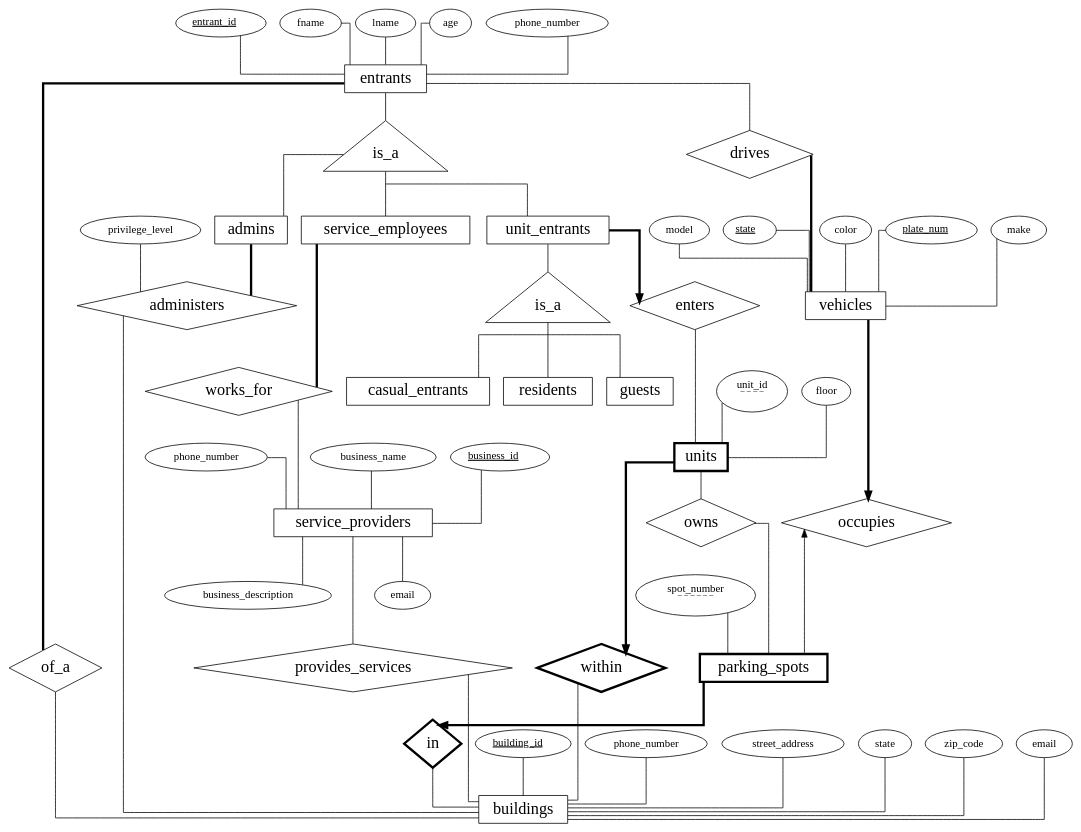
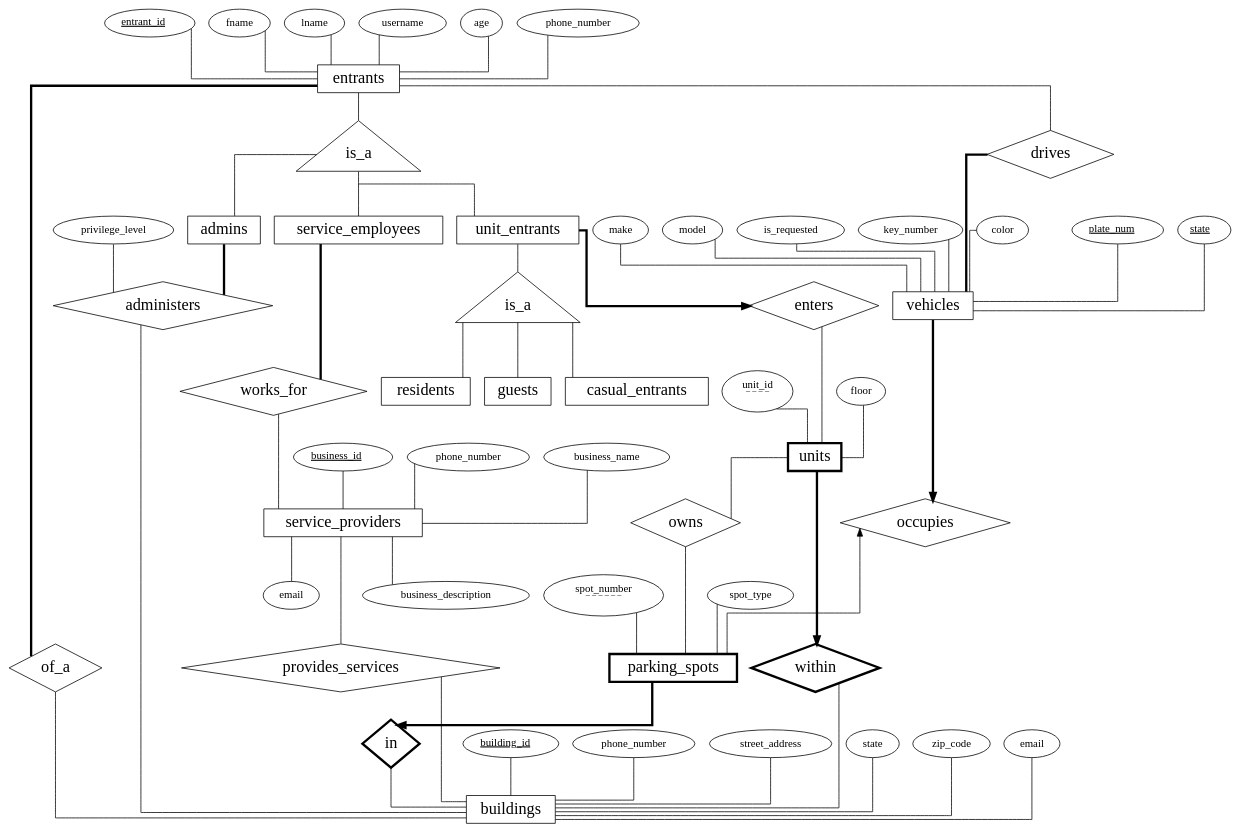
Before and after one commit to mgouzenko/-bms: the diagram in er_diagram/er.dot, drawn with Graphviz. The commit also changed 2 other files, not shown here.

```diff
--- a/er_diagram/er.dot
+++ b/er_diagram/er.dot
@@ -1,117 +1,121 @@
 digraph ERDiagram{
 	splines=ortho
 	{
 		node[fontsize=21]
 		{
 			node[shape=diamond]
 			owns
 			works_for
 			drives
 			occupies
 			of_a
 			enters
 			{
 				node[penwidth=3]
 				within
 				in
 			}
 			administers
 			provides_services
 		}
 
 		{
 			node[shape=rectangle]
 			{
 				node[penwidth=3]
 				units
 				parking_spots
 			}
 			unit_entrants
 			buildings
 			admins
 			entrants
 			vehicles
 			service_providers
 			service_employees
 			guests
 			casual_entrants
 			residents
 		}
 
 		{
 			node[shape=triangle]
 			{node[label=is_a] is_a1}
 			{node[label=is_a] is_a2}
 		}
 	}
 
 
 	{
 		edge[arrowtail=none, arrowhead=none]
 		{node[label=<<u>entrant_id</u>>]entrant_id}->entrants
 		fname->entrants
 		lname->entrants
+		username->entrants
 		age->entrants
 		{node[label=<<u>state</u>>]state}->vehicles
 		make->vehicles
 		model->vehicles
+		is_requested->vehicles
+		key_number->vehicles
 		color->vehicles
 		{node[label=<<u>plate_num</u>>]plate_num}->vehicles
 		{node[label="spot_number\n‾ ‾ ‾ ‾ ‾ ‾"] spot_number}->parking_spots
 		{node[label="unit_id\n‾ ‾ ‾ ‾"]unit_id}->units
 		floor->units
 		{node[label=<<u>building_id</u>>]building_id}->buildings
 		{node[label=phone_number] phone_number}->buildings
 		street_address->buildings
 		{node[label=state]state2}->buildings
 		zip_code->buildings
 		{node[label=email] email2}->buildings
 		business_name->service_providers
 		service_providers->business_description
 		{node[label=<<u>business_id</u>>]business_id}->service_providers
 		{node[label=phone_number] phone_number2}->service_providers
 		service_providers->email
 
 		{node[label=phone_number] phone_number3}->entrants
 		entrants->drives
 		entrants->is_a1->{rank=same; admins, unit_entrants, service_employees}
 		unit_entrants->is_a2->{rank=same; guests, casual_entrants, residents}
 		enters->units
 		units->owns->parking_spots
+		spot_type->parking_spots
 		within->buildings
 		administers->buildings
 		privilege_level->administers
 		service_providers->provides_services->buildings
 		works_for->service_providers
 		of_a->buildings
 		in->buildings
 	}
 
 	{
 		edge[arrowhead=none, arrowtail=normal, dir=back]
 		occupies->parking_spots
 	}
 	{
 		edge[penwidth=3]
 		parking_spots->in
 		units->within
 		unit_entrants->enters
 		vehicles->occupies
 		{
 			edge[arrowhead=none]
 			entrants->of_a
 			admins->administers
 			service_employees->works_for
 			drives->vehicles
 		}
 	}
 
 	{
 		edge[style=invis]
 		drives->state
 		works_for->business_id
 		guests->business_id
 		enters->floor
 		owns->spot_number
 	}
 }
```
